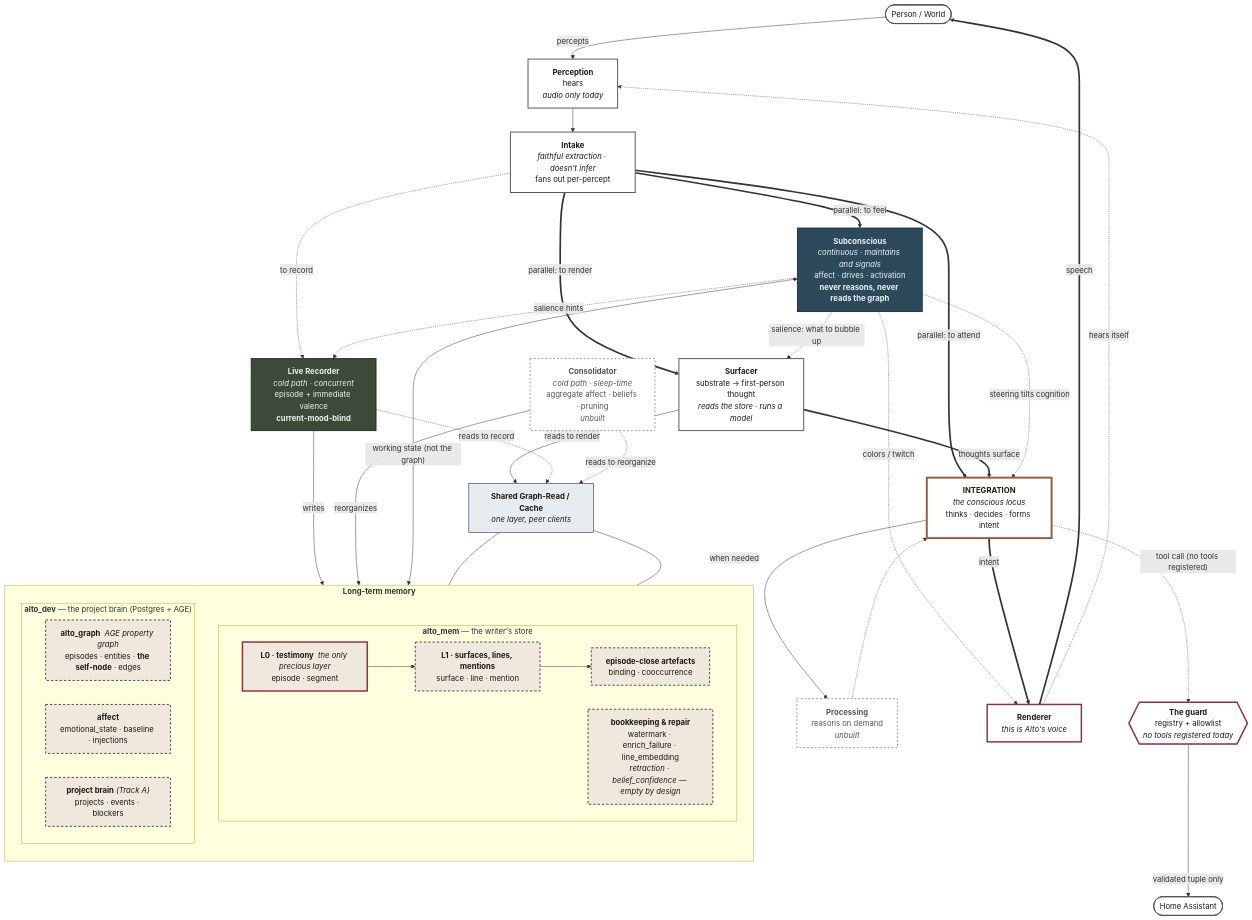
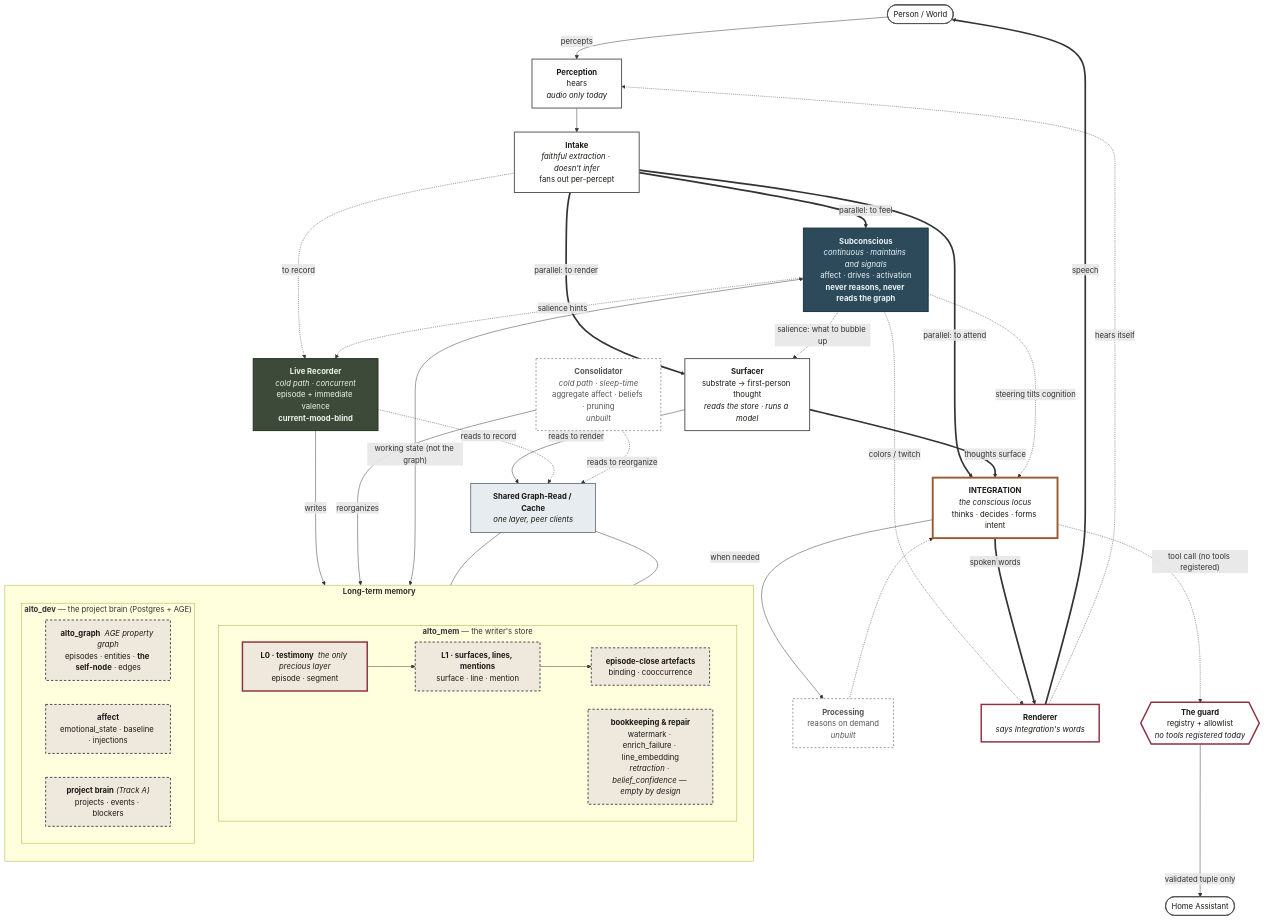
The diagram in docs/assets/alto-architecture-2026-09.mmd (sawyerstrong/alto-design), drawn with Mermaid before and after one commit. The commit also changed 20 other files, not shown here.

```diff
--- a/docs/assets/alto-architecture-2026-09.mmd
+++ b/docs/assets/alto-architecture-2026-09.mmd
@@ -1,88 +1,88 @@
 flowchart TB
   world(["Person / World"])
 
   P["<b>Perception</b><br/>hears<br/><i>audio only today</i>"]
   I["<b>Intake</b><br/><i>faithful extraction · doesn't infer</i><br/>fans out per-percept"]
 
   SUB["<b>Subconscious</b><br/><i>continuous · maintains and signals</i><br/>affect · drives · activation<br/><b>never reasons, never reads the graph</b>"]
   SURF["<b>Surfacer</b><br/>substrate &rarr; first-person thought<br/><i>reads the store · runs a model</i>"]
 
   IN["<b>INTEGRATION</b><br/><i>the conscious locus</i><br/>thinks · decides · forms intent"]
   PR["<b>Processing</b><br/>reasons on demand<br/><i>unbuilt</i>"]
 
-  R["<b>Renderer</b><br/><i>this is Alto's voice</i>"]
+  R["<b>Renderer</b><br/><i>says Integration's words</i>"]
 
   GUARD{{"<b>The guard</b><br/>registry + allowlist<br/><i>no tools registered today</i>"}}
   HA(["Home Assistant"])
 
   REC["<b>Live Recorder</b><br/><i>cold path · concurrent</i><br/>episode + immediate valence<br/><b>current-mood-blind</b>"]
   CON["<b>Consolidator</b><br/><i>cold path · sleep-time</i><br/>aggregate affect · beliefs · pruning<br/><i>unbuilt</i>"]
 
   READ["<b>Shared Graph-Read / Cache</b><br/><i>one layer, peer clients</i>"]
 
   subgraph LTM["<b>Long-term memory</b>"]
     direction TB
 
     subgraph MEMDB["<b>alto_mem</b> — the writer's store"]
       direction LR
       L0["<b>L0 · testimony</b> &nbsp;<i>the only precious layer</i><br/>episode · segment"]
       L1["<b>L1 · surfaces, lines, mentions</b><br/>surface · line · mention"]
       TX3["<b>episode-close artefacts</b><br/>binding · cooccurrence"]
       BOOK["<b>bookkeeping &amp; repair</b><br/>watermark · enrich_failure · line_embedding<br/><i>retraction · belief_confidence — empty by design</i>"]
       L0 --> L1 --> TX3
     end
 
     subgraph BRAINDB["<b>alto_dev</b> — the project brain (Postgres + AGE)"]
       direction LR
       GRAPH["<b>alto_graph</b> &nbsp;<i>AGE property graph</i><br/>episodes · entities · <b>the self-node</b> · edges"]
       AFF["<b>affect</b><br/>emotional_state · baseline · injections"]
       PROJ["<b>project brain</b> <i>(Track A)</i><br/>projects · events · blockers"]
     end
   end
 
   world -->|percepts| P --> I
   I ==>|"parallel: to feel"| SUB
   I ==>|"parallel: to attend"| IN
   I ==>|"parallel: to render"| SURF
   I -.->|to record| REC
 
   SURF ==>|thoughts surface| IN
   SUB -.->|steering tilts cognition| IN
   SUB -.->|colors / twitch| R
   SUB -.->|"salience: what to bubble up"| SURF
 
   IN -->|when needed| PR -.-> IN
-  IN ==>|intent| R ==>|speech| world
+  IN ==>|spoken words| R ==>|speech| world
   R -.->|hears itself| P
   IN -.->|"tool call (no tools registered)"| GUARD -->|validated tuple only| HA
 
   REC -->|writes| L0
   CON -->|reorganizes| GRAPH
   SUB -.->|salience hints| REC
   SUB <-->|"working state (not the graph)"| AFF
   READ --- GRAPH
   READ --- MEMDB
   SURF -->|"reads to render"| READ
   REC -.->|reads to record| READ
   CON -.->|reads to reorganize| READ
 
   classDef conscious fill:#fff,stroke:#9A5B34,stroke-width:4px,color:#1c1916;
   classDef machine fill:#fff,stroke:#555,stroke-width:2px,color:#1c1916;
   classDef voice fill:#fff,stroke:#8c2f3f,stroke-width:3px,color:#1c1916;
   classDef sub fill:#2C4A5A,stroke:#1b3340,stroke-width:2px,color:#eaf4f8;
   classDef writer fill:#3d4a3a,stroke:#26301f,stroke-width:2px,color:#eaf4e8;
   classDef brain fill:#efe9dd,stroke:#4A4A52,stroke-width:2px,color:#1c1916,stroke-dasharray:5 4;
   classDef read fill:#e6ecef,stroke:#4A5A66,stroke-width:1.5px,color:#1c1916;
   classDef precious fill:#efe9dd,stroke:#8c2f3f,stroke-width:3px,color:#1c1916;
   classDef guard fill:#fff,stroke:#8c2f3f,stroke-width:3px,color:#1c1916;
   classDef unbuilt fill:#fff,stroke:#999,stroke-width:2px,color:#555,stroke-dasharray:4 4;
 
   class IN conscious; class R voice; class SUB sub;
   class P machine; class I machine; class SURF machine;
   class PR unbuilt; class CON unbuilt;
   class REC writer;
   class GRAPH brain; class AFF brain; class PROJ brain;
   class L1 brain; class TX3 brain; class BOOK brain;
   class L0 precious;
   class READ read; class GUARD guard;
   class world machine; class HA machine;
```
